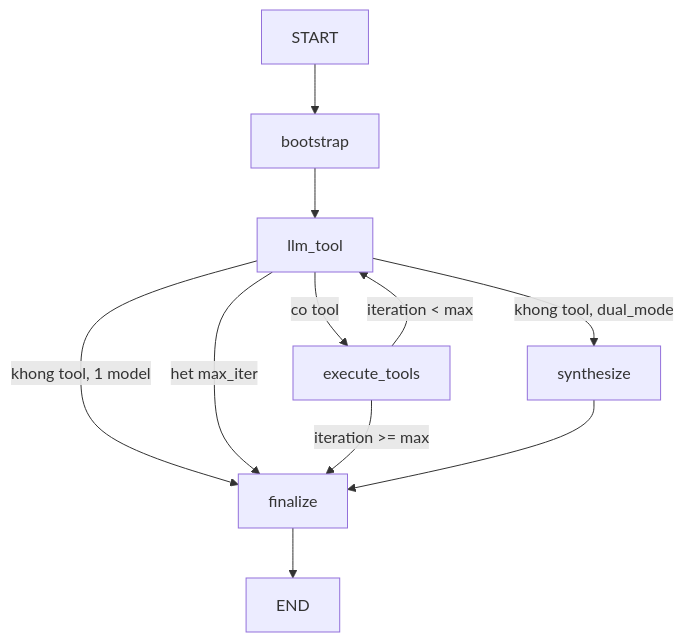
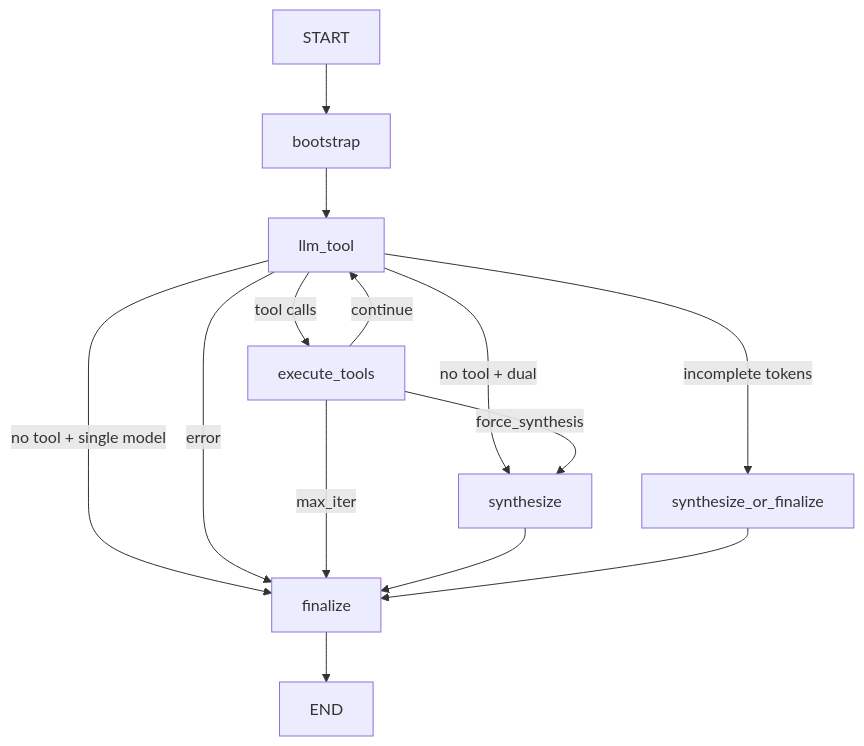
Before and after one commit to himmler0225/ai-layer: the second of 2 diagrams in docs/LANGGRAPH-GUIDE.md, drawn with Mermaid. The commit also changed other lines of this file and 31 other files, not shown here.

````diff
--- a/docs/LANGGRAPH-GUIDE.md
+++ b/docs/LANGGRAPH-GUIDE.md
@@ -91,13 +147,16 @@
 ```mermaid
 flowchart TD
     START --> bootstrap
     bootstrap --> llm_tool
-    llm_tool -->|co tool| execute_tools
-    llm_tool -->|khong tool, dual_mode| synthesize
-    llm_tool -->|khong tool, 1 model| finalize
-    llm_tool -->|het max_iter| finalize
-    execute_tools -->|iteration < max| llm_tool
-    execute_tools -->|iteration >= max| finalize
+    llm_tool -->|tool calls| execute_tools
+    llm_tool -->|no tool + dual| synthesize
+    llm_tool -->|no tool + single model| finalize
+    llm_tool -->|incomplete tokens| synthesize_or_finalize
+  llm_tool -->|error| finalize
+    execute_tools -->|continue| llm_tool
+    execute_tools -->|force_synthesis| synthesize
+    execute_tools -->|max_iter| finalize
     synthesize --> finalize
+    synthesize_or_finalize --> finalize
     finalize --> END
 ```
````
